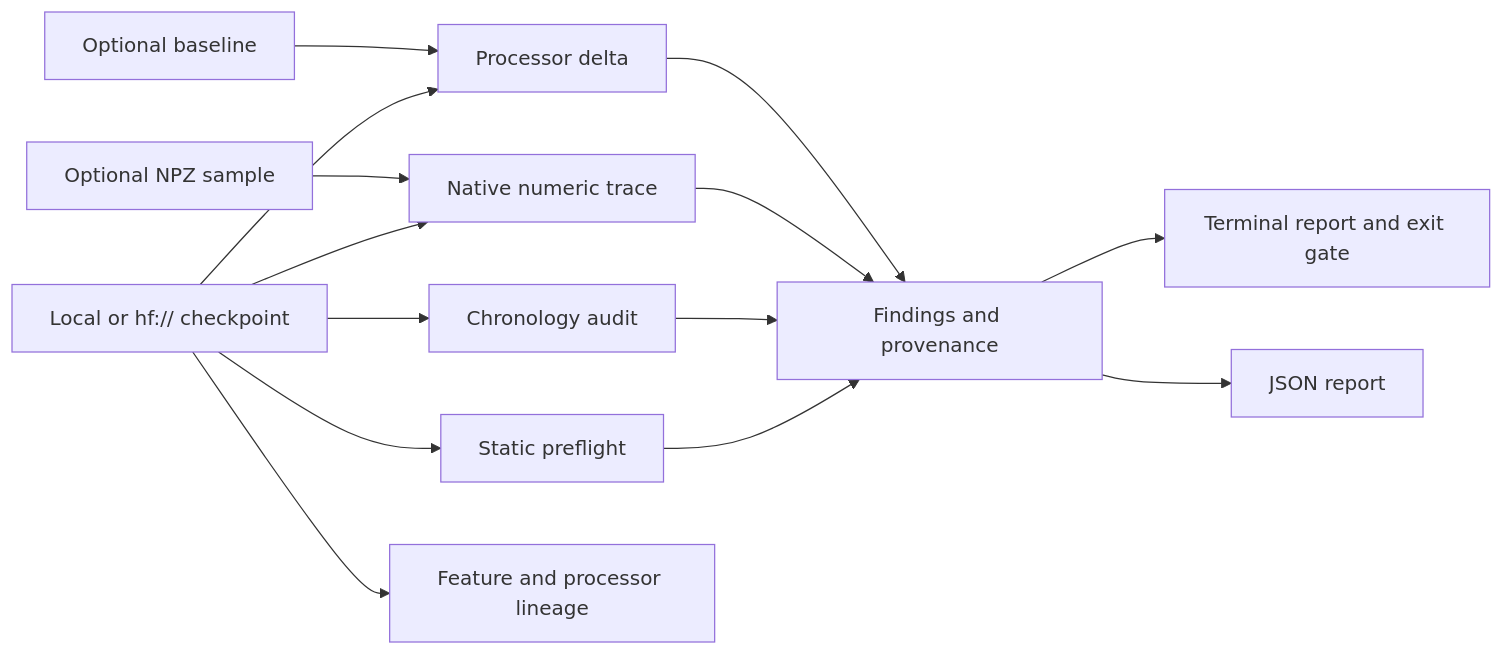
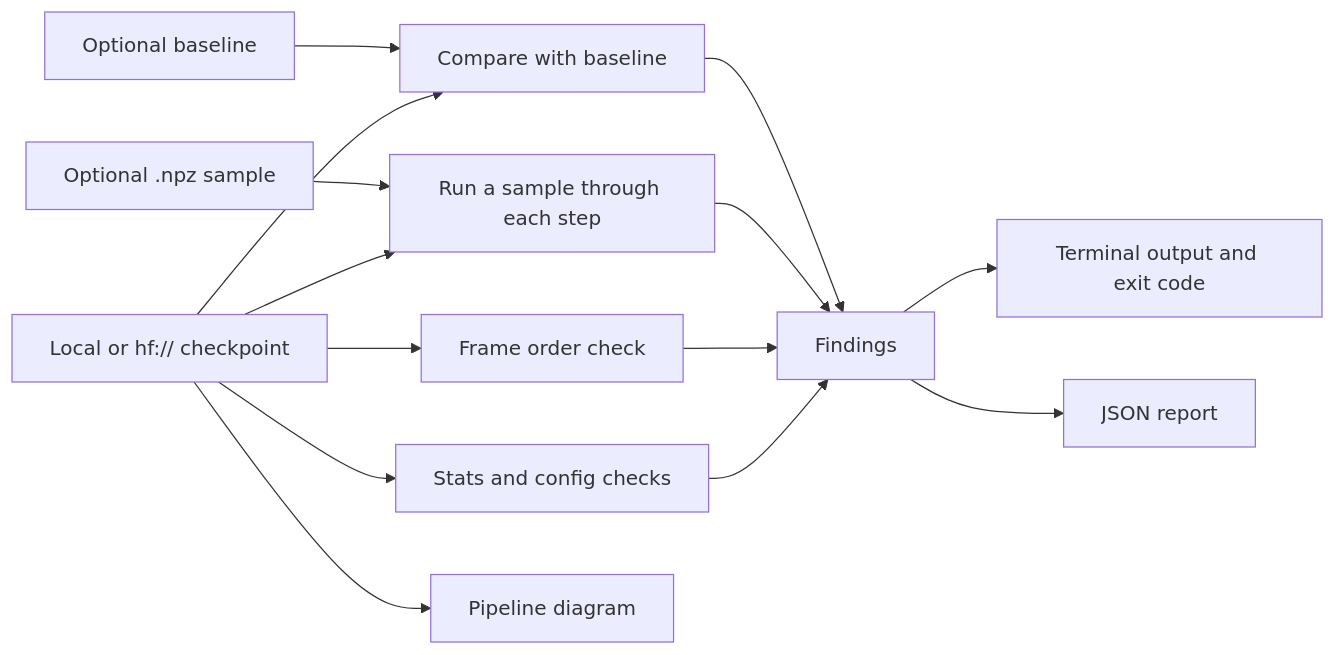
Before and after one commit to adi271213/flinch: the diagram in README.md, drawn with Mermaid. The commit also changed other lines of this file and 39 other files, not shown here.

````diff
--- a/README.md
+++ b/README.md
@@ -41,16 +112,16 @@
 ```mermaid
 flowchart LR
-  ckpt["Local or hf:// checkpoint"] --> pre[Static preflight]
-  ckpt --> temporal[Chronology audit]
-  ckpt --> trace[Native numeric trace]
-  sample[Optional NPZ sample] --> trace
-  ckpt --> delta[Processor delta]
+  ckpt["Local or hf:// checkpoint"] --> pre[Stats and config checks]
+  ckpt --> temporal[Frame order check]
+  ckpt --> trace[Run a sample through each step]
+  sample[Optional .npz sample] --> trace
+  ckpt --> delta[Compare with baseline]
   baseline[Optional baseline] --> delta
-  pre --> findings[Findings and provenance]
+  pre --> findings[Findings]
   temporal --> findings
   trace --> findings
   delta --> findings
-  findings --> gate[Terminal report and exit gate]
+  findings --> gate[Terminal output and exit code]
   findings --> json[JSON report]
-  ckpt --> lineage[Feature and processor lineage]
+  ckpt --> lineage[Pipeline diagram]
 ```
````
